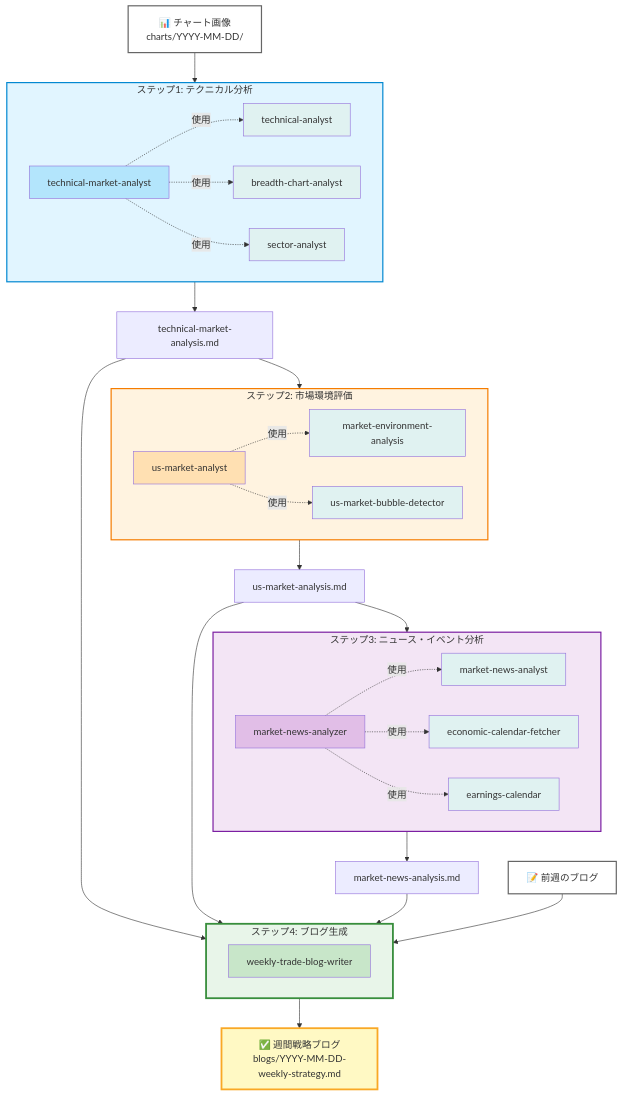
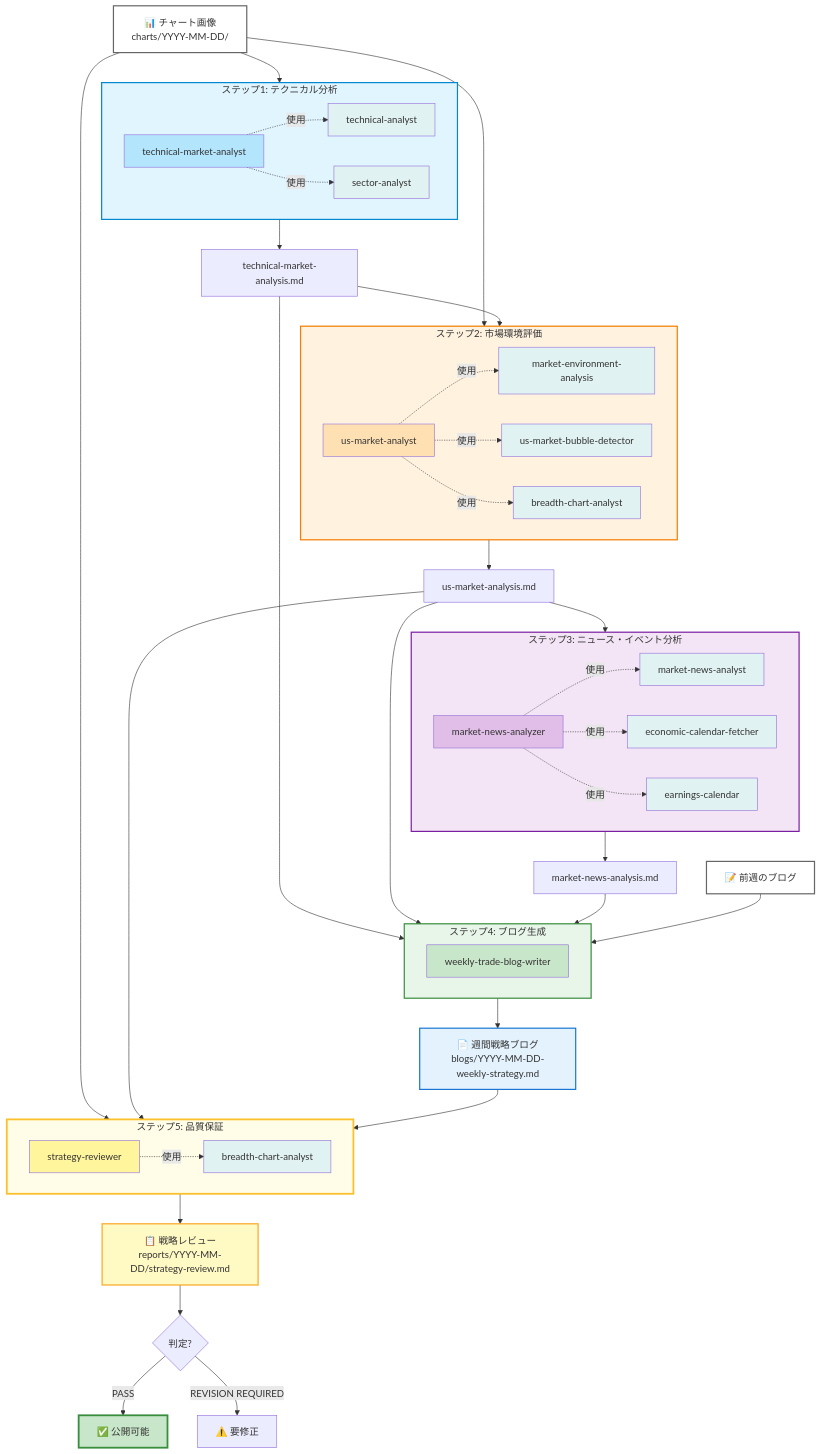
Before and after one commit to tradermonty/claude-weekly-trade-strategy: the second of 2 diagrams in README.md, drawn with Mermaid. The commit also changed other lines of this file and 6 other files, not shown here.

First line of the commit message:
Update documentation with 5-step workflow and strategy-reviewer agent

````diff
--- a/README.md
+++ b/README.md
@@ -324,14 +356,13 @@
 ```mermaid
 graph TB
     Charts[📊 チャート画像<br/>charts/YYYY-MM-DD/] --> Step1
+    Charts --> Step2
 
     subgraph Step1["ステップ1: テクニカル分析"]
         A1[technical-market-analyst]
         S1[technical-analyst]
-        S2[breadth-chart-analyst]
         S3[sector-analyst]
         A1 -.使用.-> S1
-        A1 -.使用.-> S2
         A1 -.使用.-> S3
     end
 
@@ -342,8 +373,10 @@
         A2[us-market-analyst]
         S4[market-environment-analysis]
         S5[us-market-bubble-detector]
+        S2[breadth-chart-analyst]
         A2 -.使用.-> S4
         A2 -.使用.-> S5
+        A2 -.使用.-> S2
     end
 
     Step2 --> R2[us-market-analysis.md]
@@ -370,19 +403,38 @@
         A4[weekly-trade-blog-writer]
     end
 
-    Step4 --> Blog[✅ 週間戦略ブログ<br/>blogs/YYYY-MM-DD-weekly-strategy.md]
+    Step4 --> Blog[📄 週間戦略ブログ<br/>blogs/YYYY-MM-DD-weekly-strategy.md]
+
+    Charts --> Step5
+    R2 --> Step5
+    Blog --> Step5
+
+    subgraph Step5["ステップ5: 品質保証"]
+        A5[strategy-reviewer]
+        S9[breadth-chart-analyst]
+        A5 -.使用.-> S9
+    end
+
+    Step5 --> Review[📋 戦略レビュー<br/>reports/YYYY-MM-DD/strategy-review.md]
+    Review --> Decision{判定?}
+    Decision -->|PASS| Publish[✅ 公開可能]
+    Decision -->|REVISION REQUIRED| Revise[⚠️ 要修正]
 
     style Step1 fill:#e1f5ff,stroke:#0288d1,stroke-width:2px
     style Step2 fill:#fff3e0,stroke:#f57c00,stroke-width:2px
     style Step3 fill:#f3e5f5,stroke:#7b1fa2,stroke-width:2px
-    style Step4 fill:#e8f5e9,stroke:#388e3c,stroke-width:3px
-    style Blog fill:#fff9c4,stroke:#f9a825,stroke-width:3px
+    style Step4 fill:#e8f5e9,stroke:#388e3c,stroke-width:2px
+    style Step5 fill:#fffde7,stroke:#fbc02d,stroke-width:3px
+    style Blog fill:#e3f2fd,stroke:#1976d2,stroke-width:2px
+    style Review fill:#fff9c4,stroke:#f9a825,stroke-width:2px
+    style Publish fill:#c8e6c9,stroke:#388e3c,stroke-width:3px
     style Charts fill:#fff,stroke:#666,stroke-width:2px
     style PrevBlog fill:#fff,stroke:#666,stroke-width:2px
     style A1 fill:#b3e5fc
     style A2 fill:#ffe0b2
     style A3 fill:#e1bee7
     style A4 fill:#c8e6c9
+    style A5 fill:#fff59d
     style S1 fill:#e0f2f1
     style S2 fill:#e0f2f1
     style S3 fill:#e0f2f1
@@ -391,4 +443,5 @@
     style S6 fill:#e0f2f1
     style S7 fill:#e0f2f1
     style S8 fill:#e0f2f1
+    style S9 fill:#e0f2f1
 ```
````
